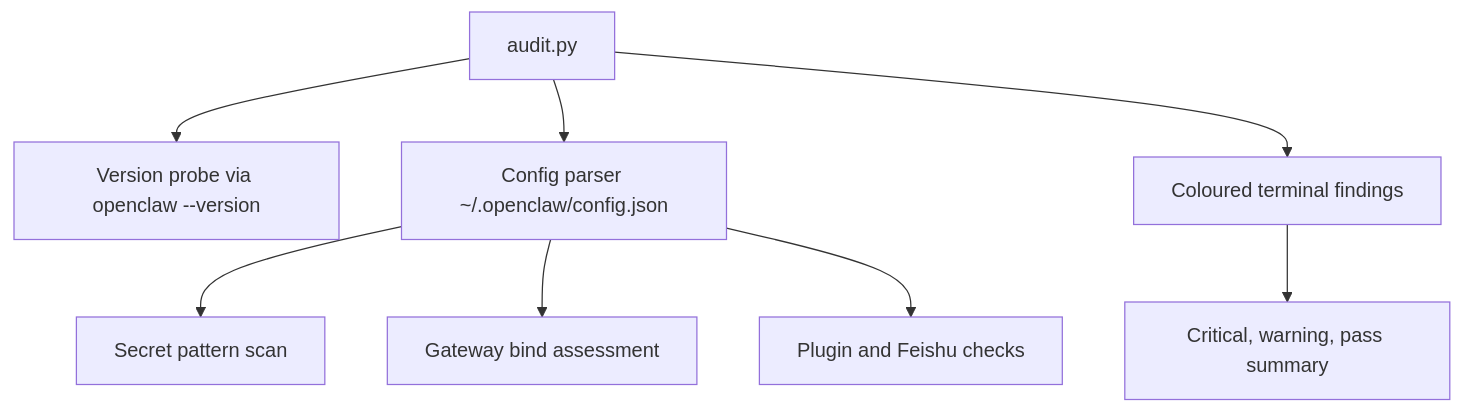
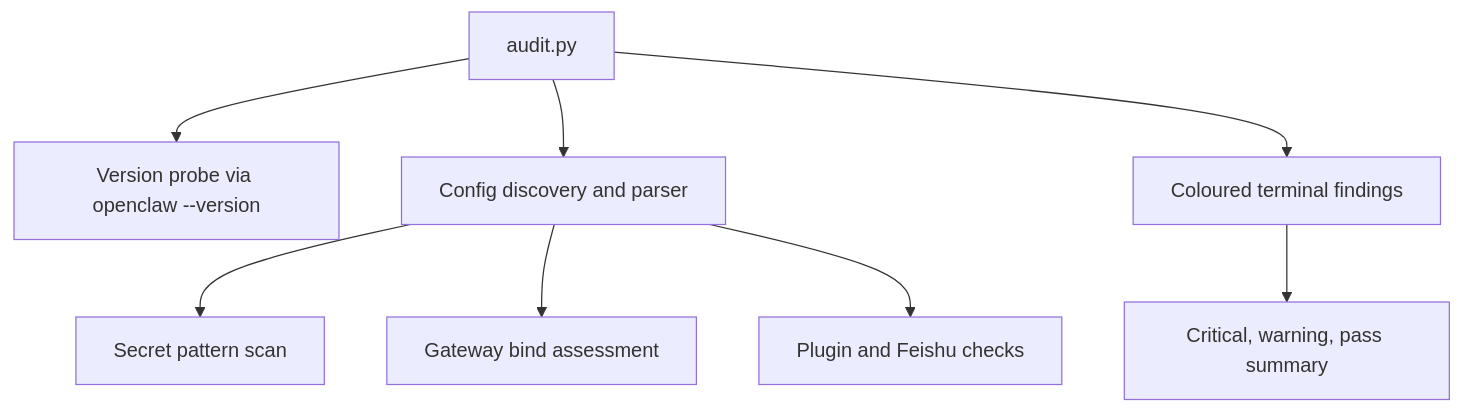
Before and after one commit to FoxSecIntel/Openclaw-audit: the diagram in README.md, drawn with Mermaid. The commit also changed other lines of this file and 1 other file, not shown here.

Commit message:
Add JSON output mode and document config discovery options

````diff
--- a/README.md
+++ b/README.md
@@ -29,10 +29,10 @@
 ```mermaid
 flowchart TD
     A[audit.py] --> B[Version probe via openclaw --version]
-    A --> C[Config parser ~/.openclaw/config.json]
+    A --> C[Config discovery and parser]
     C --> D[Secret pattern scan]
     C --> E[Gateway bind assessment]
     C --> F[Plugin and Feishu checks]
     A --> G[Coloured terminal findings]
     G --> H[Critical, warning, pass summary]
 ```
````
